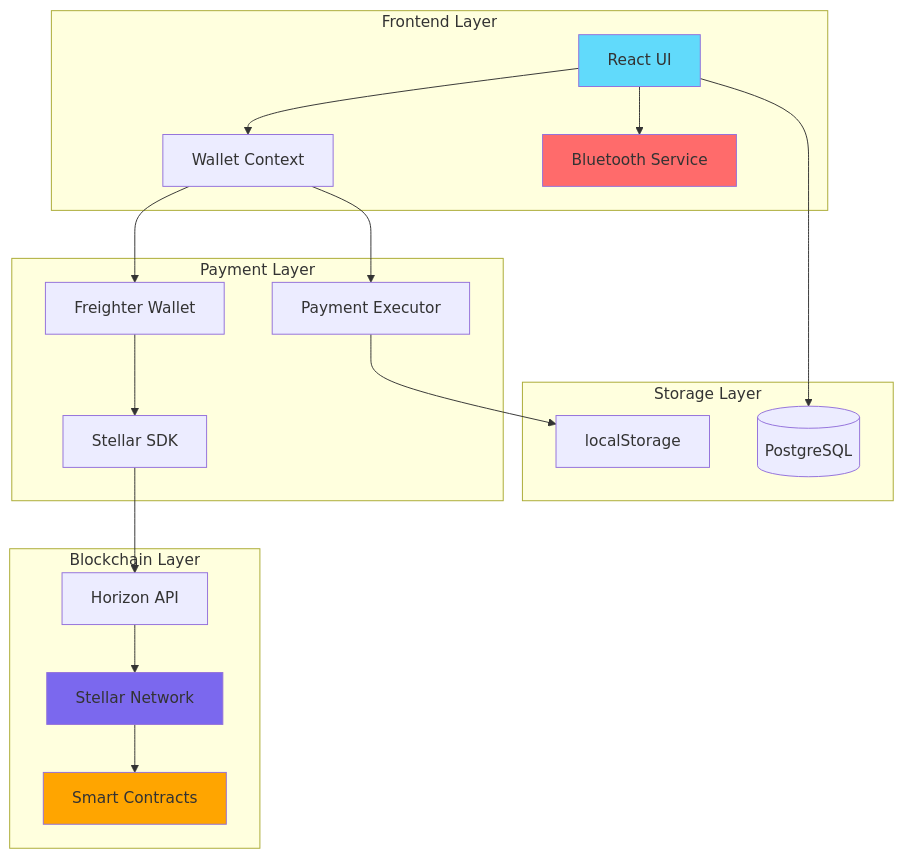
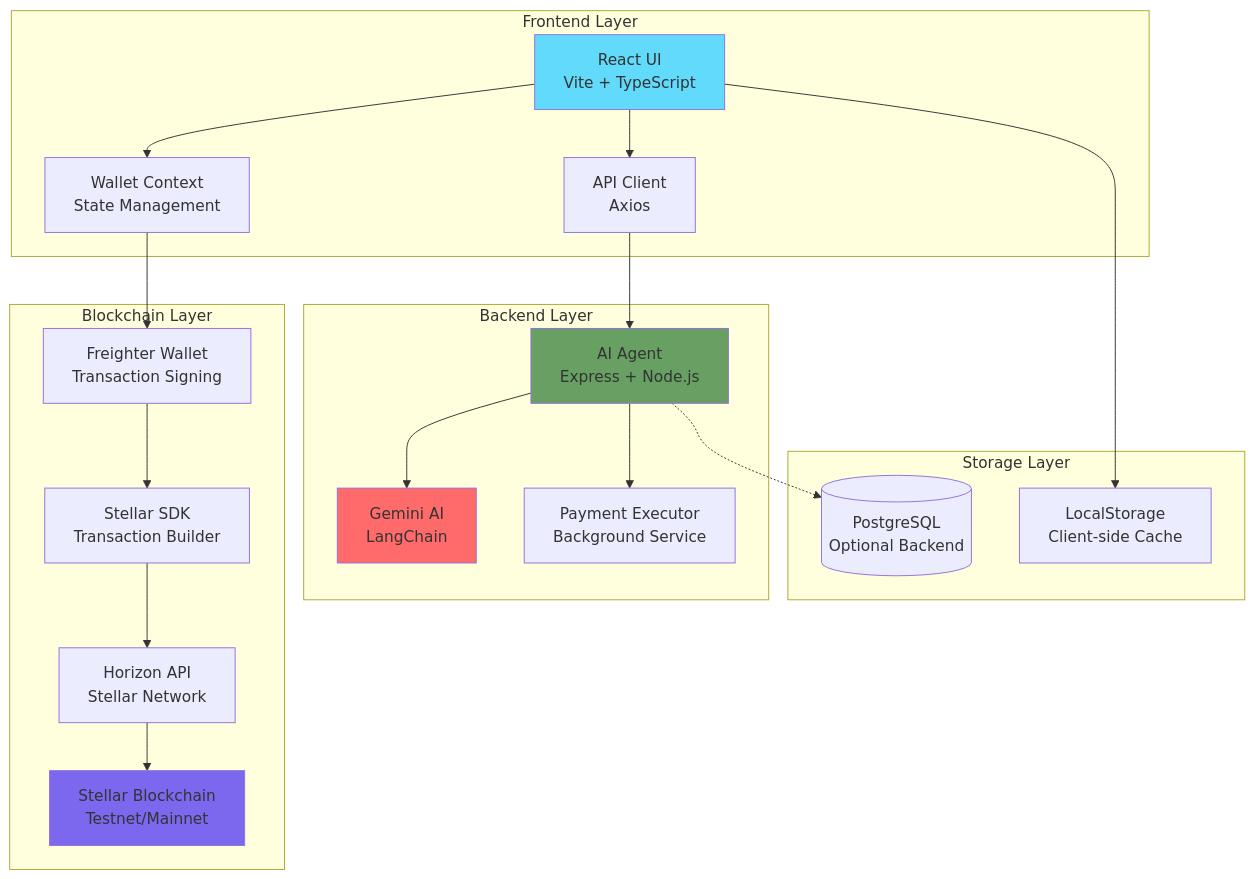
One commit to rohitjadhav07/Nexar changed the first of 4 diagrams in README.md. Above: the diagram before and after it, drawn with Mermaid. The commit also changed other lines of this file and 4 other files, not shown here.

Commit message:
Create professional README with architecture diagrams and clean up redundant files

````diff
--- a/README.md
+++ b/README.md
@@ -103,41 +91,43 @@
 ```mermaid
 graph TB
     subgraph "Frontend Layer"
-        UI[React UI]
-        BT[Bluetooth Service]
-        WC[Wallet Context]
+        UI[React UI<br/>Vite + TypeScript]
+        WC[Wallet Context<br/>State Management]
+        API[API Client<br/>Axios]
     end
     
-    subgraph "Payment Layer"
-        FR[Freighter Wallet]
-        SDK[Stellar SDK]
-        PE[Payment Executor]
+    subgraph "Backend Layer"
+        AG[AI Agent<br/>Express + Node.js]
+        AI[Gemini AI<br/>LangChain]
+        PE[Payment Executor<br/>Background Service]
     end
     
     subgraph "Blockchain Layer"
-        HZ[Horizon API]
-        ST[Stellar Network]
-        SC[Smart Contracts]
+        FW[Freighter Wallet<br/>Transaction Signing]
+        SDK[Stellar SDK<br/>Transaction Builder]
+        HZ[Horizon API<br/>Stellar Network]
+        BC[Stellar Blockchain<br/>Testnet/Mainnet]
     end
     
     subgraph "Storage Layer"
-        LS[localStorage]
-        DB[(PostgreSQL)]
+        LS[LocalStorage<br/>Client-side Cache]
+        DB[(PostgreSQL<br/>Optional Backend)]
     end
     
     UI --> WC
-    UI --> BT
-    WC --> FR
-    WC --> PE
-    FR --> SDK
+    UI --> API
+    API --> AG
+    AG --> AI
+    AG --> PE
+    WC --> FW
+    FW --> SDK
     SDK --> HZ
-    HZ --> ST
-    ST --> SC
-    PE --> LS
-    UI --> DB
+    HZ --> BC
+    UI --> LS
+    AG -.-> DB
     
     style UI fill:#61DAFB
-    style BT fill:#FF6B6B
-    style ST fill:#7B68EE
-    style SC fill:#FFA500
+    style AG fill:#68A063
+    style BC fill:#7B68EE
+    style AI fill:#FF6B6B
 ```
````
